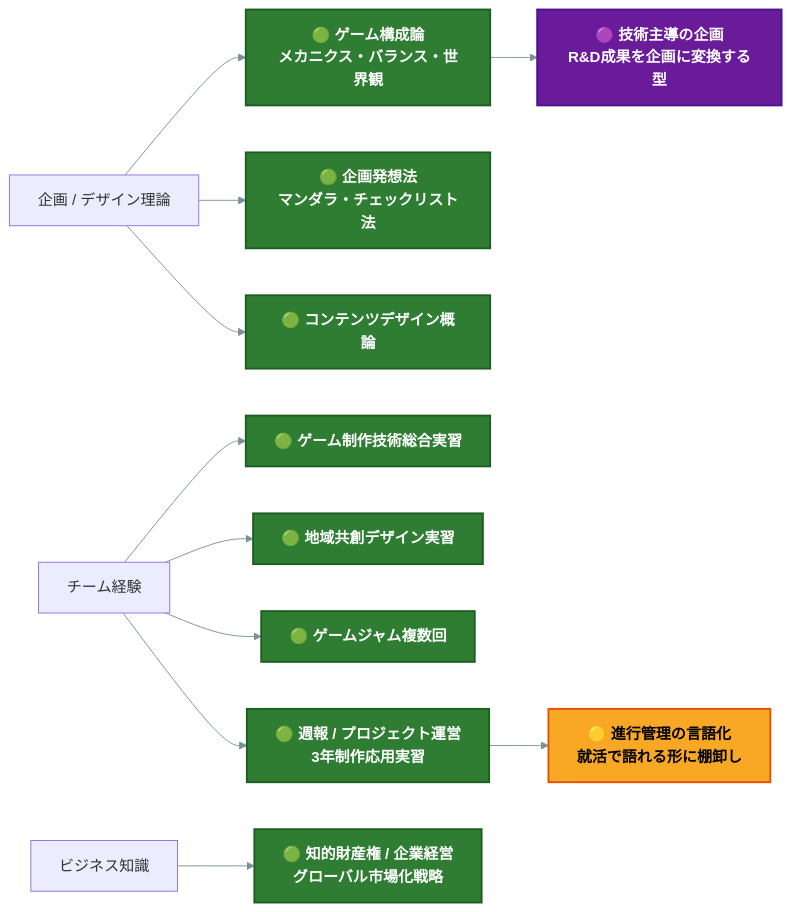
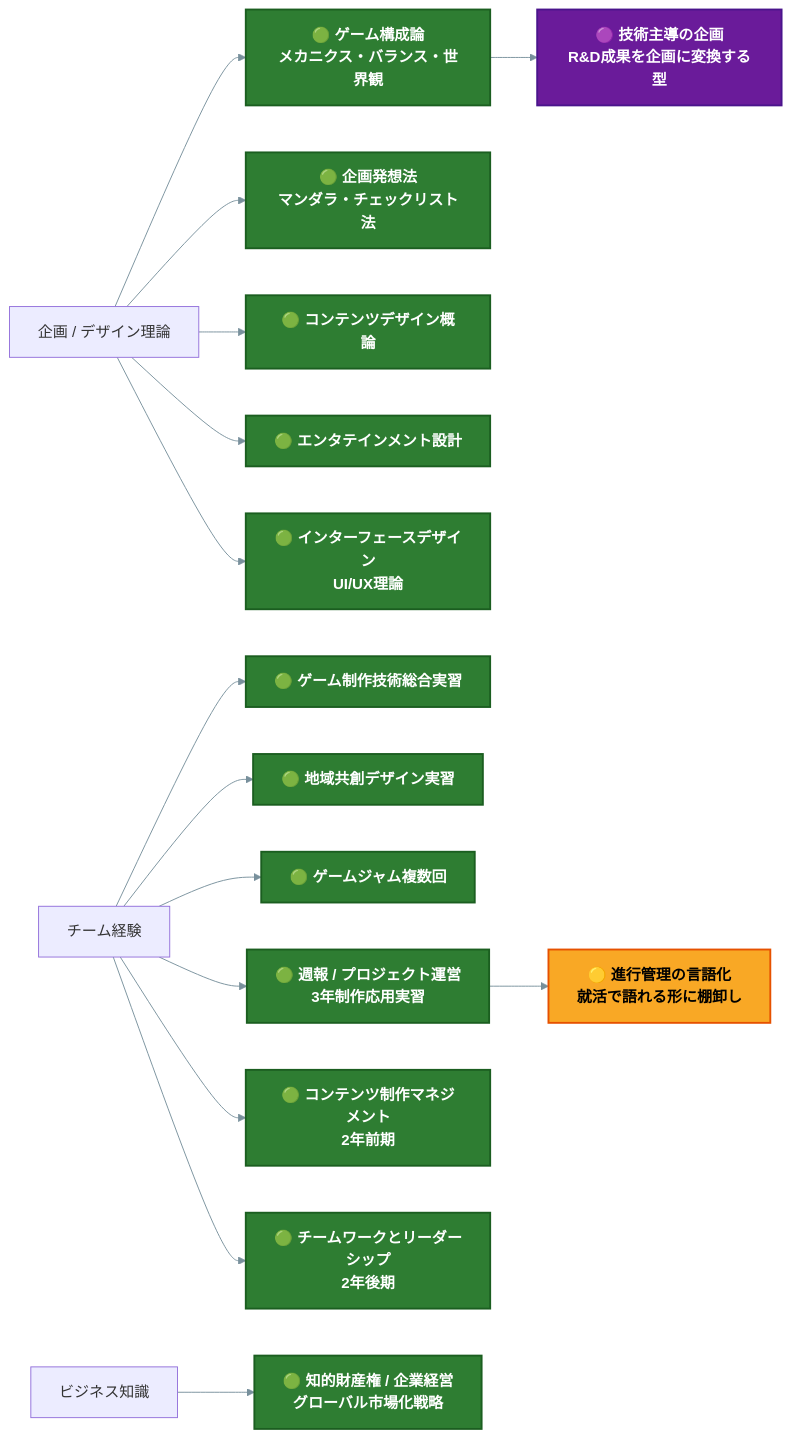
Before and after one commit to manato1201/manato1201: diagram 12 of 14 in README.md, drawn with Mermaid. The commit also changed other lines of this file, not shown here.

Commit message:
Update roadmap and badge descriptions in README

````diff
--- a/README.md
+++ b/README.md
@@ -358,22 +422,26 @@
 ```mermaid
 %%{init: {'themeVariables': {'primaryColor':'#37474f','primaryTextColor':'#ffffff','primaryBorderColor':'#263238','lineColor':'#78909c','fontSize':'16px'}}}%%
 flowchart LR
     PLAN[企画 / デザイン理論] --> P1[🟢 ゲーム構成論<br>メカニクス・バランス・世界観]:::done
     PLAN --> P2[🟢 企画発想法<br>マンダラ・チェックリスト法]:::done
     PLAN --> P3[🟢 コンテンツデザイン概論]:::done
+    PLAN --> P4[🟢 エンタテインメント設計]:::done
+    PLAN --> P5[🟢 インターフェースデザイン<br>UI/UX理論]:::done
 
     TEAM[チーム経験] --> T1[🟢 ゲーム制作技術総合実習]:::done
     TEAM --> T2[🟢 地域共創デザイン実習]:::done
     TEAM --> T3[🟢 ゲームジャム複数回]:::done
     TEAM --> T4[🟢 週報 / プロジェクト運営<br>3年制作応用実習]:::done
+    TEAM --> T5[🟢 コンテンツ制作マネジメント<br>2年前期]:::done
+    TEAM --> T6[🟢 チームワークとリーダーシップ<br>2年後期]:::done
 
-    BIZ[ビジネス知識] --> B1[🟢 知的財産権 / 企業経営<br>グローバル市場化戦略]:::done
+    BIZ[ビジネス知識] --> BZ1[🟢 知的財産権 / 企業経営<br>グローバル市場化戦略]:::done
 
     T4 --> F1[🟡 進行管理の言語化<br>就活で語れる形に棚卸し]:::review
     P1 --> F2[🟣 技術主導の企画<br>R&D成果を企画に変換する型]:::adv
 
     classDef done fill:#2e7d32,stroke:#1b5e20,stroke-width:2px,color:#ffffff,font-weight:bold
     classDef review fill:#f9a825,stroke:#e65100,stroke-width:2px,color:#000000,font-weight:bold
     classDef next fill:#1565c0,stroke:#0d47a1,stroke-width:2px,color:#ffffff,font-weight:bold
     classDef adv fill:#6a1b9a,stroke:#4a148c,stroke-width:2px,color:#ffffff,font-weight:bold
 ```
````
